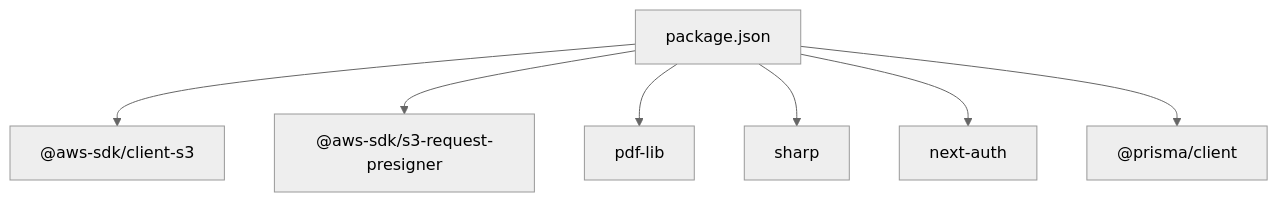
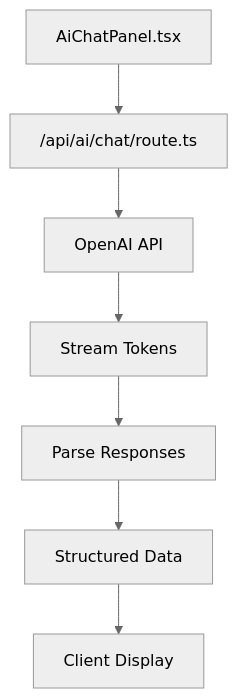
The fifth of 6 diagrams in .qoder/repowiki/en/content/Architecture Overview/Infrastructure Architecture.md (Crowdspender/titchybooks-app), drawn with Mermaid (neutral theme) before and after one commit. The commit also changed other lines of this file and 62 other files, not shown here.

````diff
--- a/.qoder/repowiki/en/content/Architecture Overview/Infrastructure Architecture.md
+++ b/.qoder/repowiki/en/content/Architecture Overview/Infrastructure Architecture.md
@@ -295,16 +289,9 @@
 ```mermaid
 graph TB
-Pkg["package.json"]
-S3["@aws-sdk/client-s3"]
-Pres["@aws-sdk/s3-request-presigner"]
-PDF["pdf-lib"]
-Sharp["sharp"]
-Auth["next-auth"]
-Prisma["@prisma/client"]
-Pkg --> S3
-Pkg --> Pres
-Pkg --> PDF
-Pkg --> Sharp
-Pkg --> Auth
-Pkg --> Prisma
+A["AiChatPanel.tsx"] --> B["/api/ai/chat/route.ts"]
+B --> C["OpenAI API"]
+C --> D["Stream Tokens"]
+D --> E["Parse Responses"]
+E --> F["Structured Data"]
+F --> G["Client Display"]
 ```
````
